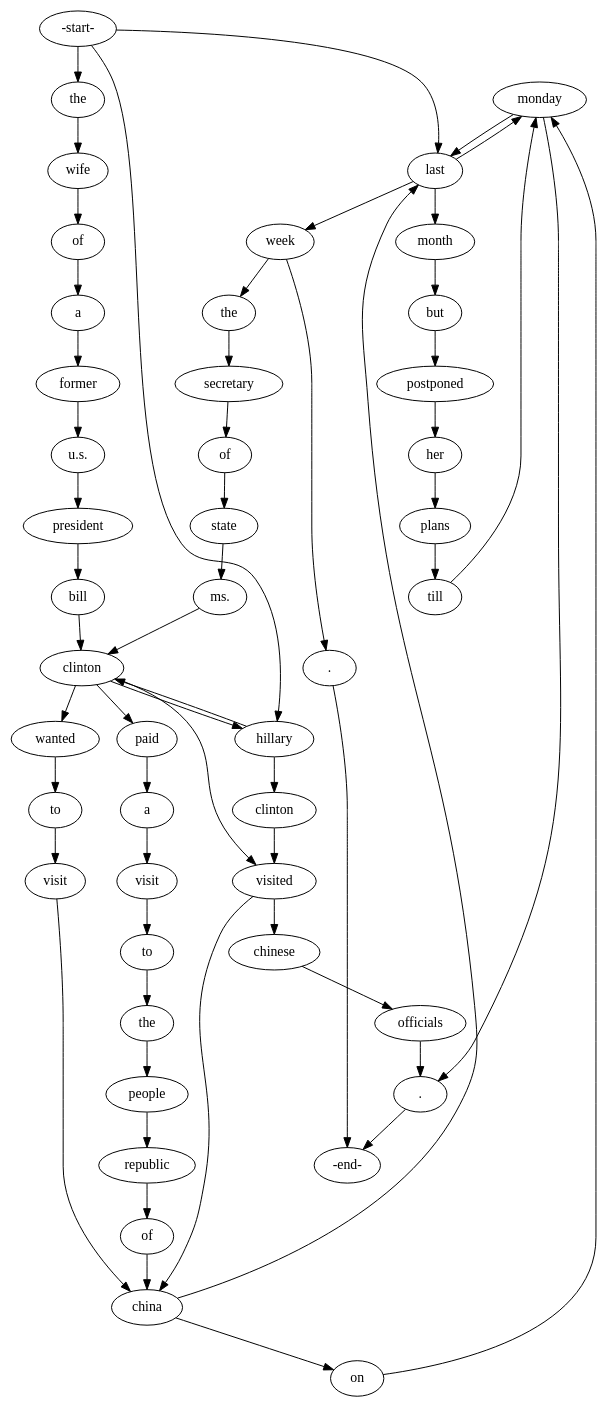
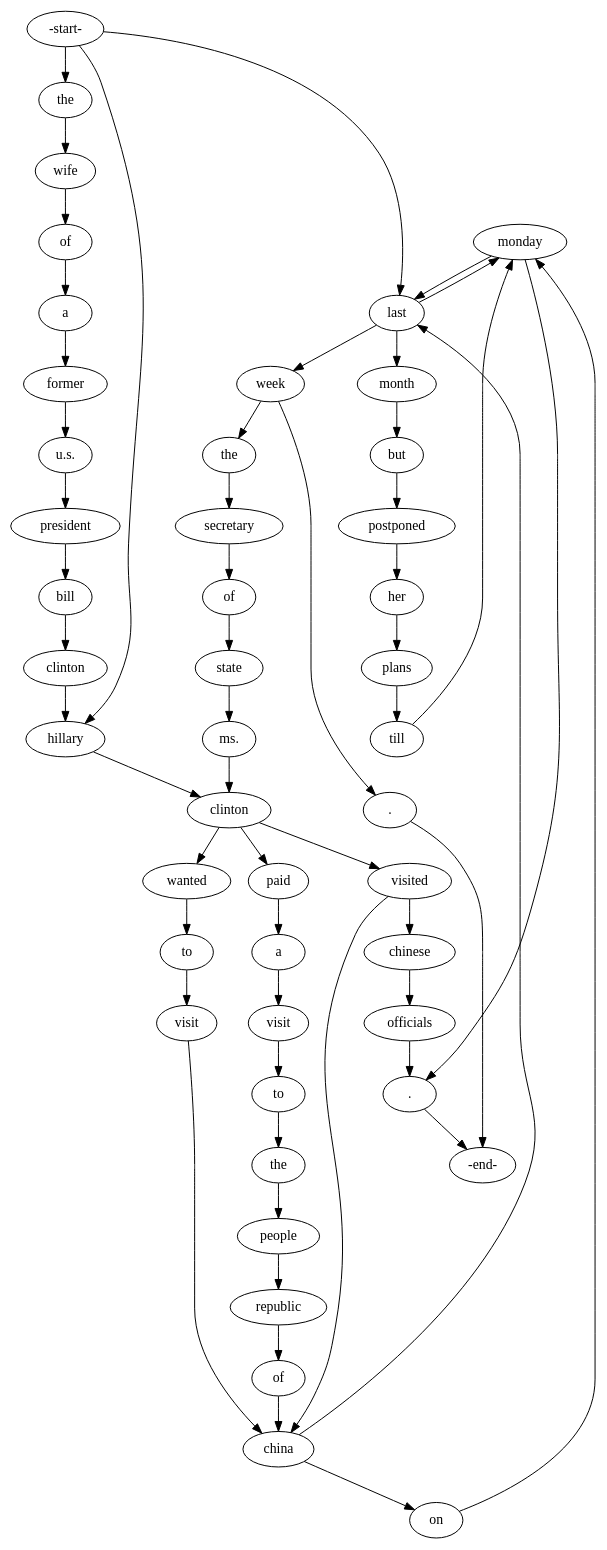
The diagram in takahe/new.dot (ZekunZh/takahe), drawn with Graphviz before and after one commit. The commit also changed 2 other files, not shown here.

```diff
--- a/takahe/new.dot
+++ b/takahe/new.dot
@@ -1,149 +1,147 @@
 strict digraph  {
 	node [label="\N"];
 	"('monday/-/NNP', 0)"	 [info="[(0, 15), (1, 14), (2, 13)]",
 		label=monday];
 	"('last/-/JJ', 0)"	 [info="[(0, 14), (1, 7), (1, 15), (3, 1)]",
 		label=last];
 	"('monday/-/NNP', 0)" -> "('last/-/JJ', 0)"	 [weight=0.583333333333];
 	"('./-/PUNCT', 0)"	 [info="[(0, 16), (2, 14), (3, 12)]",
 		label="."];
 	"('monday/-/NNP', 0)" -> "('./-/PUNCT', 0)"	 [weight=0.333333333333];
 	"('republic/-/NNP', 0)"	 [info="[(2, 9)]",
 		label=republic];
 	"('of/-/IN', 1)"	 [info="[(2, 10)]",
 		label=of];
 	"('republic/-/NNP', 0)" -> "('of/-/IN', 1)"	 [weight=2.0];
 	"('a/-/DT', 0)"	 [info="[(0, 4)]",
 		label=a];
 	"('former/-/JJ', 0)"	 [info="[(0, 5)]",
 		label=former];
 	"('a/-/DT', 0)" -> "('former/-/JJ', 0)"	 [weight=2.0];
 	"('bill/-/NNP', 0)"	 [info="[(0, 8)]",
 		label=bill];
-	"('clinton/-/NNP', 0)"	 [info="[(0, 9), (1, 2), (2, 2), (3, 8)]",
+	"('clinton/-/NNP', 0)"	 [info="[(0, 9)]",
 		label=clinton];
-	"('bill/-/NNP', 0)" -> "('clinton/-/NNP', 0)"	 [weight=1.25];
+	"('bill/-/NNP', 0)" -> "('clinton/-/NNP', 0)"	 [weight=2.0];
 	"('u.s./-/NNP', 0)"	 [info="[(0, 6)]",
 		label="u.s."];
 	"('former/-/JJ', 0)" -> "('u.s./-/NNP', 0)"	 [weight=2.0];
-	"('clinton/-/NNP', 1)"	 [info="[(0, 11)]",
+	"('clinton/-/NNP', 1)"	 [info="[(0, 11), (1, 2), (2, 2), (3, 8)]",
 		label=clinton];
+	"('paid/-/VBD', 0)"	 [info="[(2, 3)]",
+		label=paid];
+	"('clinton/-/NNP', 1)" -> "('paid/-/VBD', 0)"	 [weight=1.25];
+	"('wanted/-/VBD', 0)"	 [info="[(1, 3)]",
+		label=wanted];
+	"('clinton/-/NNP', 1)" -> "('wanted/-/VBD', 0)"	 [weight=1.25];
 	"('visited/-/VBD', 0)"	 [info="[(0, 12), (3, 9)]",
 		label=visited];
-	"('clinton/-/NNP', 1)" -> "('visited/-/VBD', 0)"	 [weight=1.5];
+	"('clinton/-/NNP', 1)" -> "('visited/-/VBD', 0)"	 [weight=0.375];
 	"('the/-/DT', 2)"	 [info="[(3, 3)]",
 		label=the];
 	"('secretary/-/NNP', 0)"	 [info="[(3, 4)]",
 		label=secretary];
 	"('the/-/DT', 2)" -> "('secretary/-/NNP', 0)"	 [weight=2.0];
 	"('china/-/NNP', 0)"	 [info="[(0, 13), (1, 6), (2, 11)]",
 		label=china];
 	"('of/-/IN', 1)" -> "('china/-/NNP', 0)"	 [weight=1.33333333333];
 	"('visit/-/VB', 0)"	 [info="[(1, 5)]",
 		label=visit];
 	"('visit/-/VB', 0)" -> "('china/-/NNP', 0)"	 [weight=1.33333333333];
-	"('paid/-/VBD', 0)"	 [info="[(2, 3)]",
-		label=paid];
 	"('a/-/DT', 1)"	 [info="[(2, 4)]",
 		label=a];
 	"('paid/-/VBD', 0)" -> "('a/-/DT', 1)"	 [weight=2.0];
 	"('last/-/JJ', 0)" -> "('monday/-/NNP', 0)"	 [weight=0.510416666667];
 	"('month/-/NN', 0)"	 [info="[(1, 8)]",
 		label=month];
 	"('last/-/JJ', 0)" -> "('month/-/NN', 0)"	 [weight=1.25];
 	"('week/-/NN', 0)"	 [info="[(1, 16), (3, 2)]",
 		label=week];
 	"('last/-/JJ', 0)" -> "('week/-/NN', 0)"	 [weight=0.375];
 	"('till/-/IN', 0)"	 [info="[(1, 13)]",
 		label=till];
 	"('till/-/IN', 0)" -> "('monday/-/NNP', 0)"	 [weight=1.33333333333];
 	"('but/-/CC', 0)"	 [info="[(1, 9)]",
 		label=but];
 	"('postponed/-/VBD', 0)"	 [info="[(1, 10)]",
 		label=postponed];
 	"('but/-/CC', 0)" -> "('postponed/-/VBD', 0)"	 [weight=2.0];
 	"('visit/-/NN', 0)"	 [info="[(2, 5)]",
 		label=visit];
 	"('a/-/DT', 1)" -> "('visit/-/NN', 0)"	 [weight=2.0];
 	"('her/-/PRP$', 0)"	 [info="[(1, 11)]",
 		label=her];
 	"('postponed/-/VBD', 0)" -> "('her/-/PRP$', 0)"	 [weight=2.0];
-	"('clinton/-/NNP', 0)" -> "('paid/-/VBD', 0)"	 [weight=1.25];
 	"('hillary/-/NNP', 0)"	 [info="[(0, 10), (1, 1), (2, 1)]",
 		label=hillary];
-	"('clinton/-/NNP', 0)" -> "('hillary/-/NNP', 0)"	 [weight=0.583333333333];
-	"('wanted/-/VBD', 0)"	 [info="[(1, 3)]",
-		label=wanted];
-	"('clinton/-/NNP', 0)" -> "('wanted/-/VBD', 0)"	 [weight=1.25];
-	"('clinton/-/NNP', 0)" -> "('visited/-/VBD', 0)"	 [weight=0.5625];
+	"('clinton/-/NNP', 0)" -> "('hillary/-/NNP', 0)"	 [weight=1.33333333333];
 	"('of/-/IN', 2)"	 [info="[(3, 5)]",
 		label=of];
 	"('secretary/-/NNP', 0)" -> "('of/-/IN', 2)"	 [weight=2.0];
 	"('state/-/NNP', 0)"	 [info="[(3, 6)]",
 		label=state];
 	"('of/-/IN', 2)" -> "('state/-/NNP', 0)"	 [weight=2.0];
 	"('month/-/NN', 0)" -> "('but/-/CC', 0)"	 [weight=2.0];
 	"('ms./-/NNP', 0)"	 [info="[(3, 7)]",
 		label="ms."];
-	"('ms./-/NNP', 0)" -> "('clinton/-/NNP', 0)"	 [weight=1.25];
+	"('ms./-/NNP', 0)" -> "('clinton/-/NNP', 1)"	 [weight=1.25];
 	"('officials/-/NNS', 0)"	 [info="[(3, 11)]",
 		label=officials];
 	"('officials/-/NNS', 0)" -> "('./-/PUNCT', 0)"	 [weight=1.33333333333];
-	"('hillary/-/NNP', 0)" -> "('clinton/-/NNP', 1)"	 [weight=1.33333333333];
-	"('hillary/-/NNP', 0)" -> "('clinton/-/NNP', 0)"	 [weight=0.291666666667];
+	"('hillary/-/NNP', 0)" -> "('clinton/-/NNP', 1)"	 [weight=0.194444444444];
 	"('to/-/TO', 0)"	 [info="[(1, 4)]",
 		label=to];
 	"('to/-/TO', 0)" -> "('visit/-/VB', 0)"	 [weight=2.0];
 	"('china/-/NNP', 0)" -> "('last/-/JJ', 0)"	 [weight=0.291666666667];
 	"('on/-/IN', 0)"	 [info="[(2, 12)]",
 		label=on];
 	"('china/-/NNP', 0)" -> "('on/-/IN', 0)"	 [weight=1.33333333333];
 	"('-end-/-/-end-', 0)"	 [info="[(0, 17), (1, 18), (2, 15), (3, 13)]",
 		label="-end-"];
 	"('wife/-/NN', 0)"	 [info="[(0, 2)]",
 		label=wife];
 	"('of/-/IN', 0)"	 [info="[(0, 3)]",
 		label=of];
 	"('wife/-/NN', 0)" -> "('of/-/IN', 0)"	 [weight=2.0];
 	"('to/-/TO', 1)"	 [info="[(2, 6)]",
 		label=to];
 	"('the/-/DT', 1)"	 [info="[(2, 7)]",
 		label=the];
 	"('to/-/TO', 1)" -> "('the/-/DT', 1)"	 [weight=2.0];
 	"('./-/PUNCT', 0)" -> "('-end-/-/-end-', 0)"	 [weight=0.194444444444];
 	"('the/-/DT', 0)"	 [info="[(0, 1)]",
 		label=the];
 	"('the/-/DT', 0)" -> "('wife/-/NN', 0)"	 [weight=2.0];
 	"('on/-/IN', 0)" -> "('monday/-/NNP', 0)"	 [weight=1.33333333333];
 	"('plans/-/NNS', 0)"	 [info="[(1, 12)]",
 		label=plans];
 	"('plans/-/NNS', 0)" -> "('till/-/IN', 0)"	 [weight=2.0];
 	"('week/-/NN', 0)" -> "('the/-/DT', 2)"	 [weight=1.5];
 	"('./-/PUNCT', 1)"	 [info="[(1, 17)]",
 		label="."];
 	"('week/-/NN', 0)" -> "('./-/PUNCT', 1)"	 [weight=1.5];
 	"('president/-/NN', 0)"	 [info="[(0, 7)]",
 		label=president];
 	"('u.s./-/NNP', 0)" -> "('president/-/NN', 0)"	 [weight=2.0];
 	"('wanted/-/VBD', 0)" -> "('to/-/TO', 0)"	 [weight=2.0];
 	"('./-/PUNCT', 1)" -> "('-end-/-/-end-', 0)"	 [weight=1.25];
 	"('people/-/NNP', 0)"	 [info="[(2, 8)]",
 		label=people];
 	"('people/-/NNP', 0)" -> "('republic/-/NNP', 0)"	 [weight=2.0];
 	"('president/-/NN', 0)" -> "('bill/-/NNP', 0)"	 [weight=2.0];
 	"('-start-/-/-start-', 0)"	 [info="[(0, 0), (1, 0), (2, 0), (3, 0)]",
 		label="-start-"];
 	"('-start-/-/-start-', 0)" -> "('last/-/JJ', 0)"	 [weight=0.411764705882];
 	"('-start-/-/-start-', 0)" -> "('hillary/-/NNP', 0)"	 [weight=0.277777777778];
 	"('-start-/-/-start-', 0)" -> "('the/-/DT', 0)"	 [weight=1.25];
 	"('the/-/DT', 1)" -> "('people/-/NNP', 0)"	 [weight=2.0];
 	"('state/-/NNP', 0)" -> "('ms./-/NNP', 0)"	 [weight=2.0];
 	"('of/-/IN', 0)" -> "('a/-/DT', 0)"	 [weight=2.0];
 	"('visit/-/NN', 0)" -> "('to/-/TO', 1)"	 [weight=2.0];
 	"('chinese/-/JJ', 0)"	 [info="[(3, 10)]",
 		label=chinese];
 	"('chinese/-/JJ', 0)" -> "('officials/-/NNS', 0)"	 [weight=2.0];
 	"('visited/-/VBD', 0)" -> "('china/-/NNP', 0)"	 [weight=0.833333333333];
 	"('visited/-/VBD', 0)" -> "('chinese/-/JJ', 0)"	 [weight=1.5];
 	"('her/-/PRP$', 0)" -> "('plans/-/NNS', 0)"	 [weight=2.0];
 }
```
